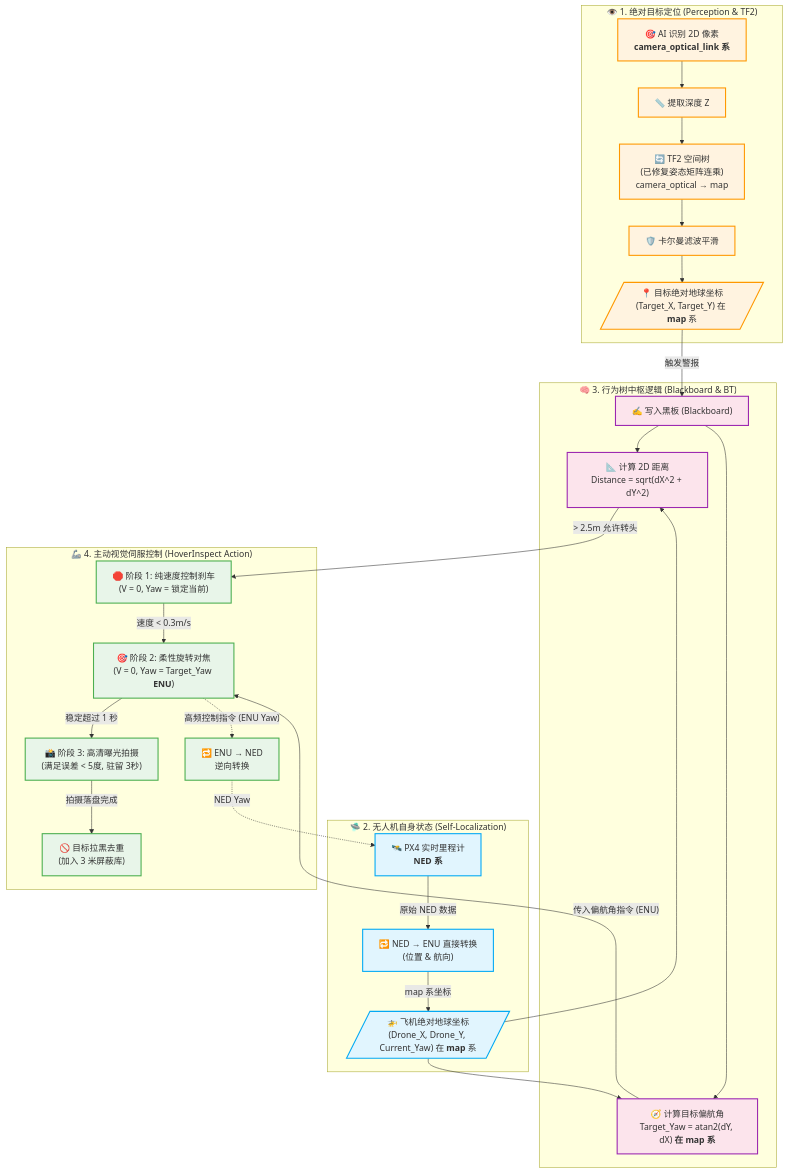
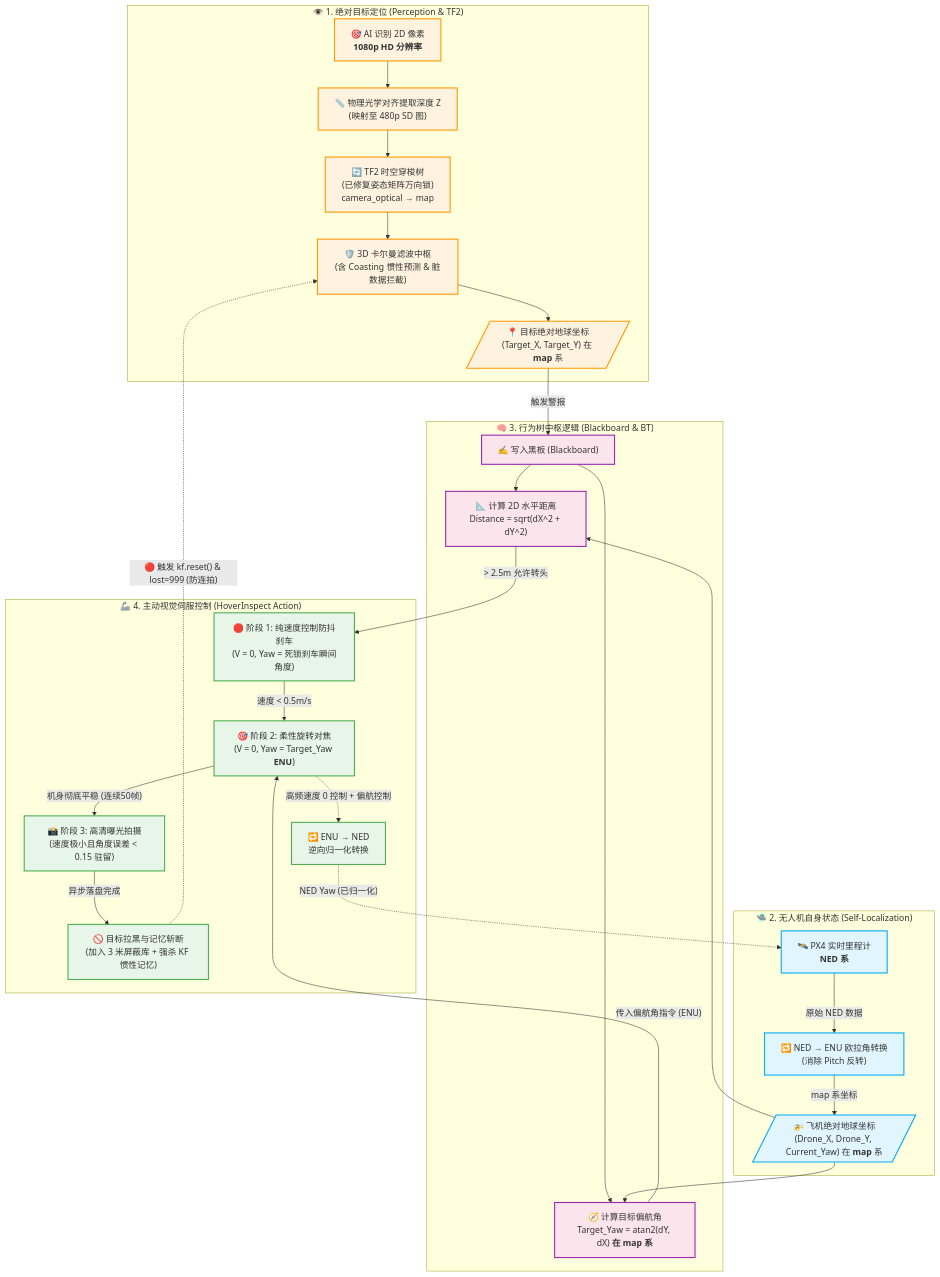
Before and after one commit to xinfangshi/uav_inspection_ros2: the fifth of 5 diagrams in README.md, drawn with Mermaid. The commit also changed other lines of this file and 3 other files, not shown here.

First line of the commit message:
fix(vision): resolve projection drift and duplicate shooting via optical mapping and tracking gating

````diff
--- a/README.md
+++ b/README.md
@@ -216,53 +217,54 @@
 ```mermaid
 graph TD
     classDef vision fill:#fff3e0,stroke:#ff9800,stroke-width:2px;
     classDef odom fill:#e1f5fe,stroke:#03a9f4,stroke-width:2px;
     classDef logic fill:#fce4ec,stroke:#9c27b0,stroke-width:2px;
     classDef control fill:#e8f5e9,stroke:#4caf50,stroke-width:2px;
 
     subgraph "👁️ 1. 绝对目标定位 (Perception & TF2)"
-        AI["🎯 AI 识别 2D 像素<br/><b>camera_optical_link 系</b>"]:::vision
-        Depth["📏 提取深度 Z"]:::vision
-        TF2["🔄 TF2 空间树<br/>(已修复姿态矩阵连乘)<br/>camera_optical → map"]:::vision
-        KF["🛡️ 卡尔曼滤波平滑"]:::vision
+        AI["🎯 AI 识别 2D 像素<br/><b>1080p HD 分辨率</b>"]:::vision
+        Depth["📏 物理光学对齐提取深度 Z<br/>(映射至 480p SD 图)"]:::vision
+        TF2["🔄 TF2 时空穿梭树<br/>(已修复姿态矩阵万向锁)<br/>camera_optical → map"]:::vision
+        KF["🛡️ 3D 卡尔曼滤波中枢<br/>(含 Coasting 惯性预测 & 脏数据拦截)"]:::vision
         TargetCoord[/"📍 目标绝对地球坐标<br/>(Target_X, Target_Y) 在 <b>map</b> 系"/]:::vision
 
         AI --> Depth --> TF2 --> KF --> TargetCoord
     end
 
     subgraph "🛸 2. 无人机自身状态 (Self-Localization)"
         PX4Odom["🛰️ PX4 实时里程计<br/><b>NED 系</b>"]:::odom
-        NED2ENU["🔁 NED → ENU 直接转换<br/>(位置 & 航向)"]:::odom
+        NED2ENU["🔁 NED → ENU 欧拉角转换<br/>(消除 Pitch 反转)"]:::odom
         DroneCoord[/"🚁 飞机绝对地球坐标<br/>(Drone_X, Drone_Y, Current_Yaw) 在 <b>map</b> 系"/]:::odom
         
         PX4Odom -->|"原始 NED 数据"| NED2ENU -->|"map 系坐标"| DroneCoord
     end
 
     subgraph "🧠 3. 行为树中枢逻辑 (Blackboard & BT)"
         WriteBB["✍️ 写入黑板 (Blackboard)"]:::logic
-        CalcDist["📐 计算 2D 距离<br>Distance = sqrt(dX^2 + dY^2)"]:::logic
+        CalcDist["📐 计算 2D 水平距离<br>Distance = sqrt(dX^2 + dY^2)"]:::logic
         CalcYaw["🧭 计算目标偏航角<br>Target_Yaw = atan2(dY, dX) <b>在 map 系</b>"]:::logic
         
         TargetCoord -->|"触发警报"| WriteBB
         WriteBB --> CalcDist
         WriteBB --> CalcYaw
         DroneCoord --> CalcDist
         DroneCoord --> CalcYaw
     end
 
     subgraph "🦾 4. 主动视觉伺服控制 (HoverInspect Action)"
-        StateBrake["🛑 阶段 1: 纯速度控制刹车<br>(V = 0, Yaw = 锁定当前)"]:::control
+        StateBrake["🛑 阶段 1: 纯速度控制防抖刹车<br>(V = 0, Yaw = 死锁刹车瞬间角度)"]:::control
         StateAlign["🎯 阶段 2: 柔性旋转对焦<br>(V = 0, Yaw = Target_Yaw <b>ENU</b>)"]:::control
-        ENU2NED["🔁 ENU → NED<br/>逆向转换"]:::control
-        StateShoot["📸 阶段 3: 高清曝光拍摄<br>(满足误差 < 5度, 驻留 3秒)"]:::control
-        Blacklist["🚫 目标拉黑去重<br>(加入 3 米屏蔽库)"]:::control
+        ENU2NED["🔁 ENU → NED<br/>逆向归一化转换"]:::control
+        StateShoot["📸 阶段 3: 高清曝光拍摄<br>(速度极小且角度误差 < 0.15 驻留)"]:::control
+        Blacklist["🚫 目标拉黑与记忆斩断<br>(加入 3 米屏蔽库 + 强杀 KF 惯性记忆)"]:::control
 
         CalcDist -->|"> 2.5m 允许转头"| StateBrake
         CalcYaw -->|"传入偏航角指令 (ENU)"| StateAlign
-        StateBrake -->|"速度 < 0.3m/s"| StateAlign
-        StateAlign -->|"稳定超过 1 秒"| StateShoot
-        StateAlign -.->|"高频控制指令 (ENU Yaw)"| ENU2NED
-        ENU2NED -.->|"NED Yaw"| PX4Odom
-        StateShoot -->|"拍摄落盘完成"| Blacklist
+        StateBrake -->|"速度 < 0.5m/s"| StateAlign
+        StateAlign -->|"机身彻底平稳 (连续50帧)"| StateShoot
+        StateAlign -.->|"高频速度 0 控制 + 偏航控制"| ENU2NED
+        ENU2NED -.->|"NED Yaw (已归一化)"| PX4Odom
+        StateShoot -->|"异步落盘完成"| Blacklist
+        Blacklist -.->|"🔴 触发 kf.reset() & lost=999 (防连拍)"| KF
     end
 ```
````
